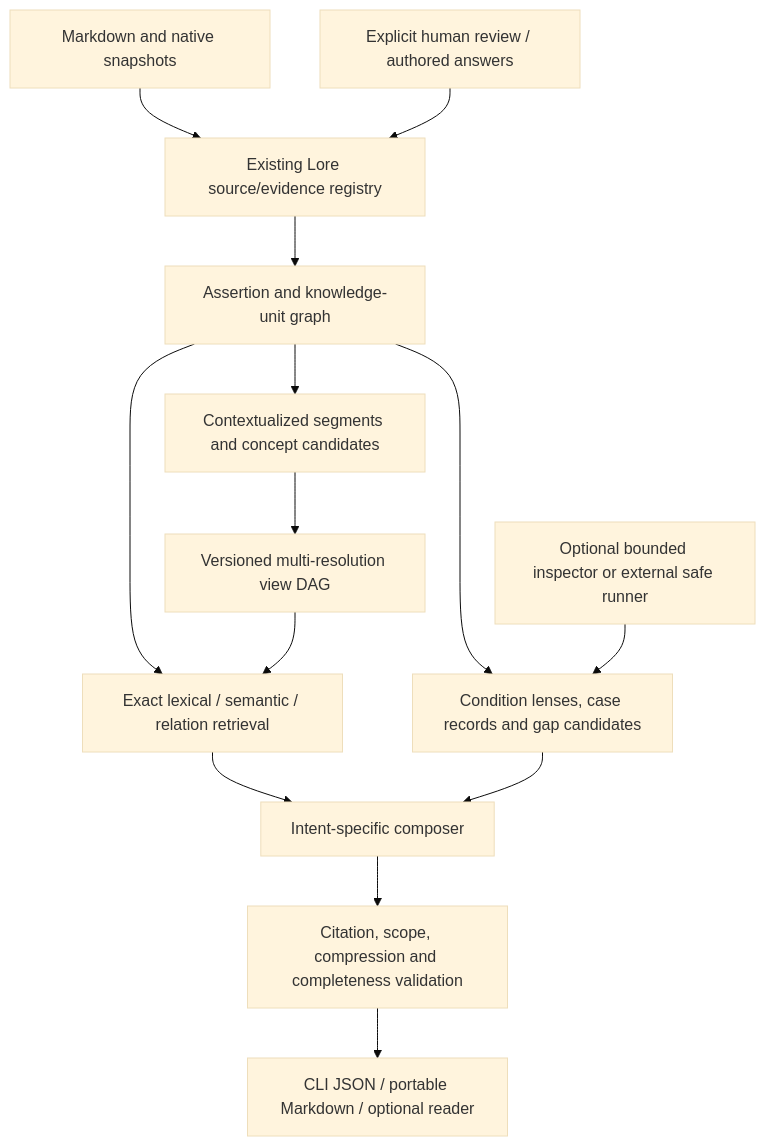
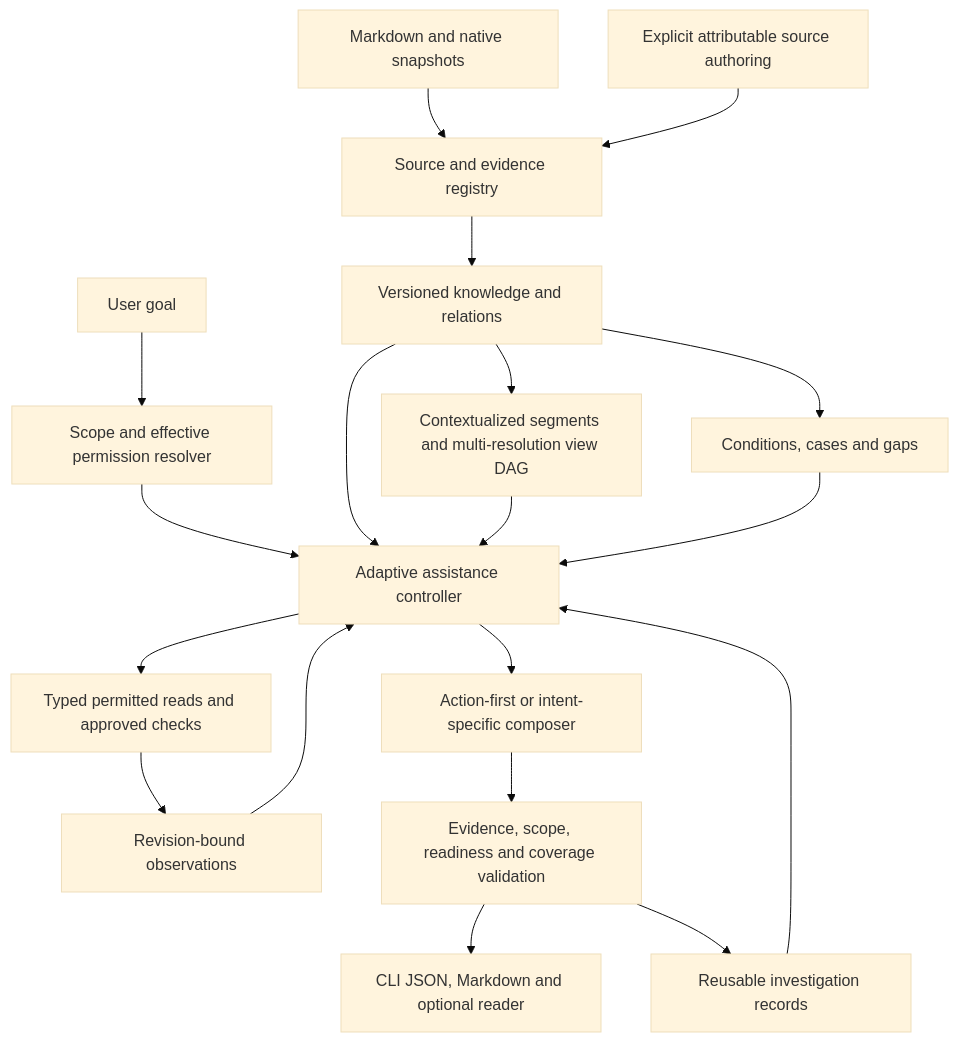
One commit to grove/lore changed the diagram in docs/KNOWLEDGE_EXPERIENCE_DESIGN.md. Above: the diagram before and after it, drawn with Mermaid (base theme). The commit also changed other lines of this file and 3 other files, not shown here.

First line of the commit message:
docs: make adaptive autonomy and user empowerment foundational

````diff
--- a/docs/KNOWLEDGE_EXPERIENCE_DESIGN.md
+++ b/docs/KNOWLEDGE_EXPERIENCE_DESIGN.md
@@ -101,16 +120,21 @@
 ```mermaid
 flowchart TD
-  A["Markdown and native snapshots"] --> B["Existing Lore source/evidence registry"]
-  B --> C["Assertion and knowledge-unit graph"]
-  C --> D["Contextualized segments and concept candidates"]
-  D --> E["Versioned multi-resolution view DAG"]
-  C --> F["Exact lexical / semantic / relation retrieval"]
-  E --> F
-  F --> G["Intent-specific composer"]
-  G --> H["Citation, scope, compression and completeness validation"]
-  H --> I["CLI JSON / portable Markdown / optional reader"]
-  C --> J["Condition lenses, case records and gap candidates"]
-  J --> G
-  K["Optional bounded inspector or external safe runner"] --> J
-  L["Explicit human review / authored answers"] --> B
+  A[Markdown and native snapshots] --> B[Source and evidence registry]
+  B --> C[Versioned knowledge and relations]
+  C --> D[Contextualized segments and multi-resolution view DAG]
+  Q[User goal] --> P[Scope and effective permission resolver]
+  P --> R[Adaptive assistance controller]
+  C --> R
+  D --> R
+  X[Reusable investigation records] --> R
+  R --> T[Typed permitted reads and approved checks]
+  T --> O[Revision-bound observations]
+  O --> R
+  R --> G[Action-first or intent-specific composer]
+  G --> H[Evidence, scope, readiness and coverage validation]
+  H --> I[CLI JSON, Markdown and optional reader]
+  H --> X
+  C --> J[Conditions, cases and gaps]
+  J --> R
+  U[Explicit attributable source authoring] --> B
 ```
````
